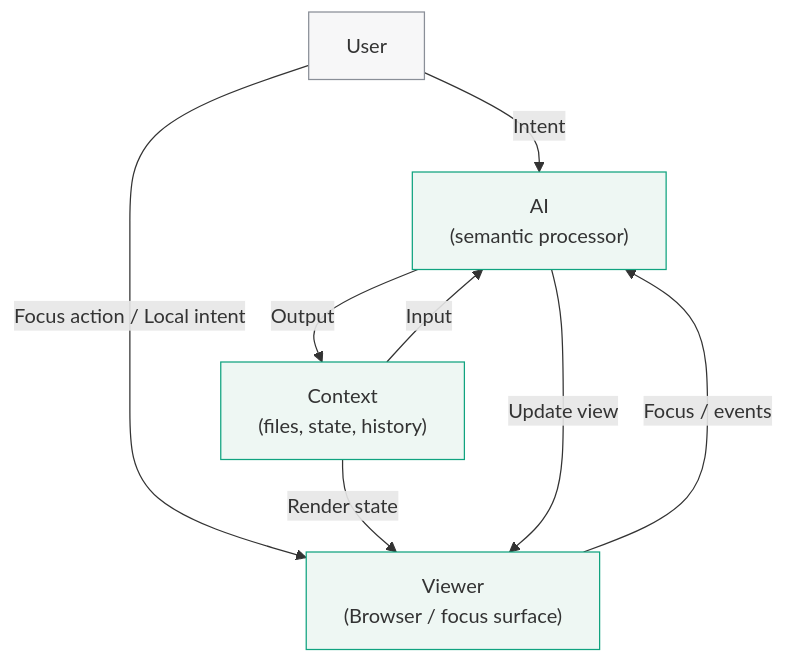
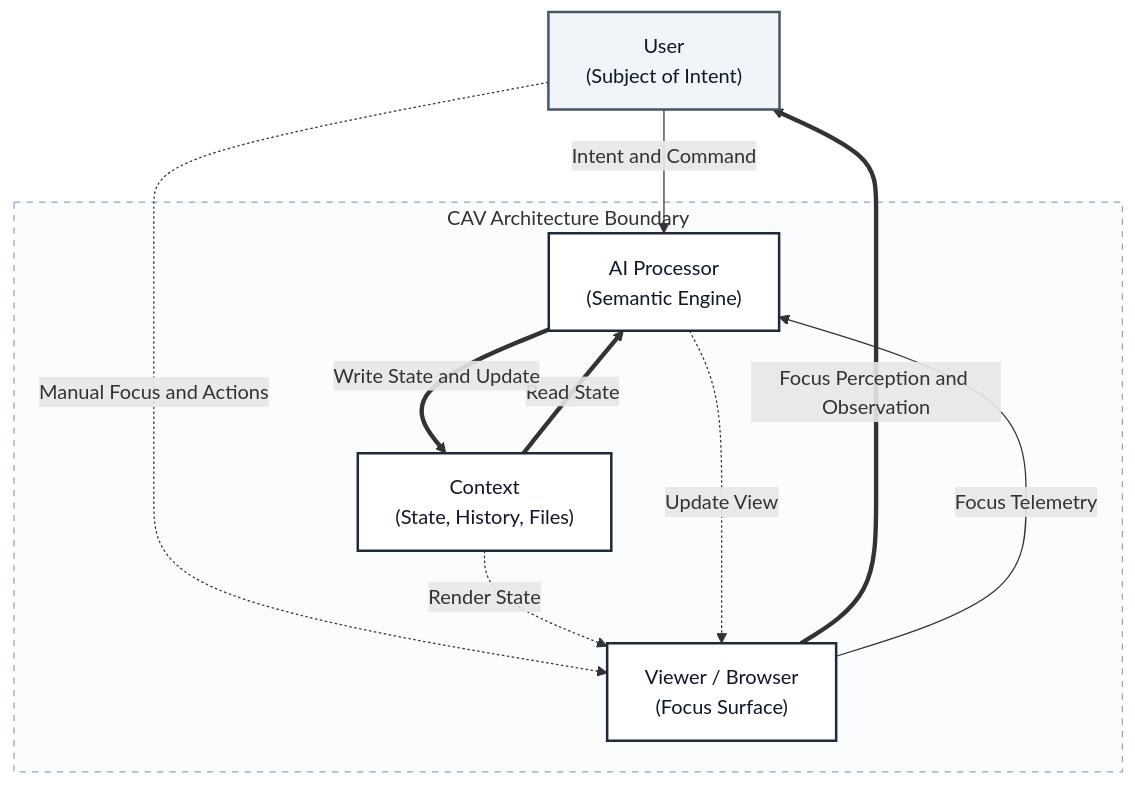
Before and after one commit to aalberter/cav-concept: the diagram in Contex-Ai-Viewer.md, drawn with Mermaid. The commit also changed other lines of this file, not shown here.

Commit message:
docs: update intro context and fix diagram
- Add MVC/HCI background to the introduction.
- Emphasize the Viewer's role in transmitting user attention/focus.
- Fix Mermaid diagram rendering bug in labels.

````diff
--- a/Contex-Ai-Viewer.md
+++ b/Contex-Ai-Viewer.md
@@ -23,29 +26,33 @@
 ```mermaid
+flowchart TB
+    U["User<br/>(Subject of Intent)"]
 
+    subgraph IWE ["CAV Architecture Boundary"]
+        C["Context<br/>(State, History, Files)"]
+        A["AI Processor<br/>(Semantic Engine)"]
+        V["Viewer / Browser<br/>(Focus Surface)"]
+    end
 
-flowchart TD
-    U["User"]
+    %% Взаимодействие пользователя с системой
+    U -->|Intent and Command| A
+    V ==>|Focus Perception and Observation| U
+    U -.->|Manual Focus and Actions| V
 
-    C["Context<br/>(files, state, history)"]
-    A["AI<br/>(semantic processor)"]
-    V["Viewer<br/>(Browser / focus surface)"]
+    %% Системный контур CAV
+    C ==>|Read State| A
+    A ==>|Write State and Update| C
+    
+    C -.->|Render State| V
+    V -->|Focus Telemetry| A
+    A -.->|Update View| V
 
-    %% User channels
-    U -->|Intent| A
-    U -->|Focus action / Local intent| V
-
-    %% Context ↔ AI
-    C -->|Input| A
-    A -->|Output| C
-
-    %% Viewer loop
-    C -->|Render state| V
-    V -->|Focus / events| A
-    A -->|Update view| V
-
-    style U fill:#f7f7f8,stroke:#8a8f98,stroke-width:1px
-    style C fill:#eef7f3,stroke:#10a37f,stroke-width:1px
-    style A fill:#eef7f3,stroke:#10a37f,stroke-width:1px
-    style V fill:#eef7f3,stroke:#10a37f,stroke-width:1px
+    %% Строгий монохромный тех-стиль (Slate / Steel Gray)
+    classDef default fill:#fafafa,stroke:#333,stroke-width:1.5px,color:#111;
+    classDef system fill:#ffffff,stroke:#1e293b,stroke-width:2px,color:#0f172a;
+    classDef user fill:#f1f5f9,stroke:#475569,stroke-width:2px,color:#0f172a;
     
+    class U user;
+    class C,A,V system;
+    
+    style IWE fill:#fafcfd,stroke:#94a3b8,stroke-dasharray: 5 5,stroke-width:1px
 ```
````
